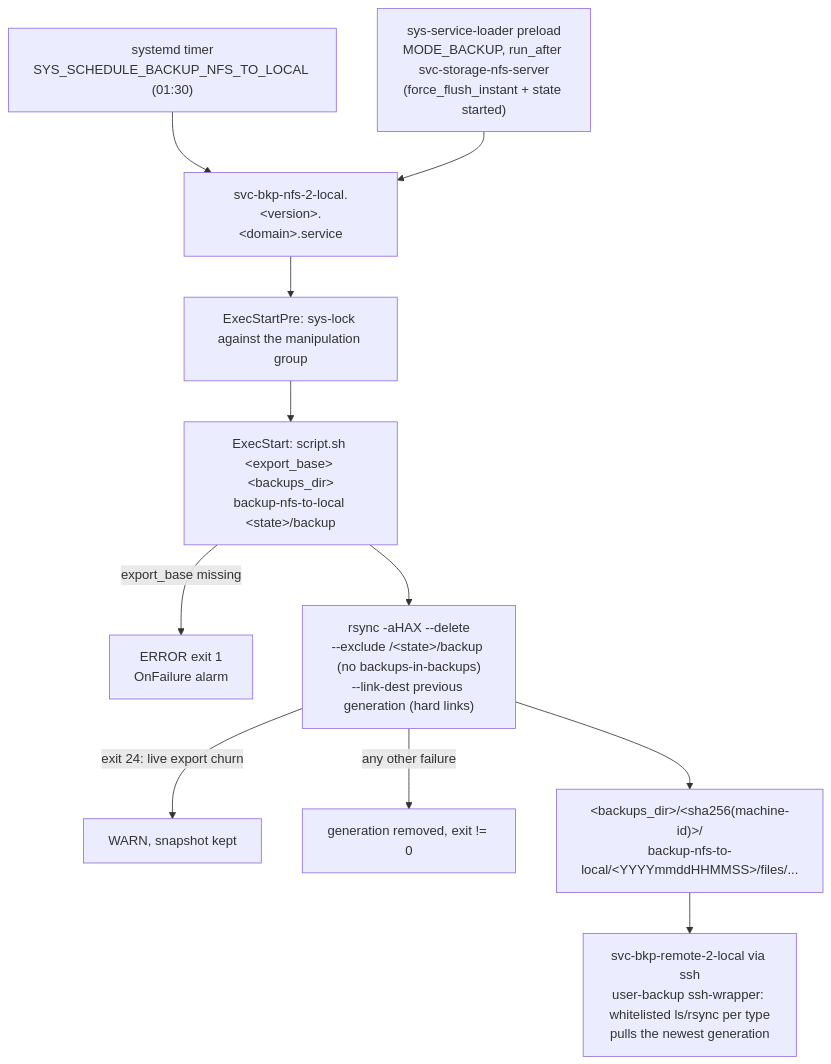
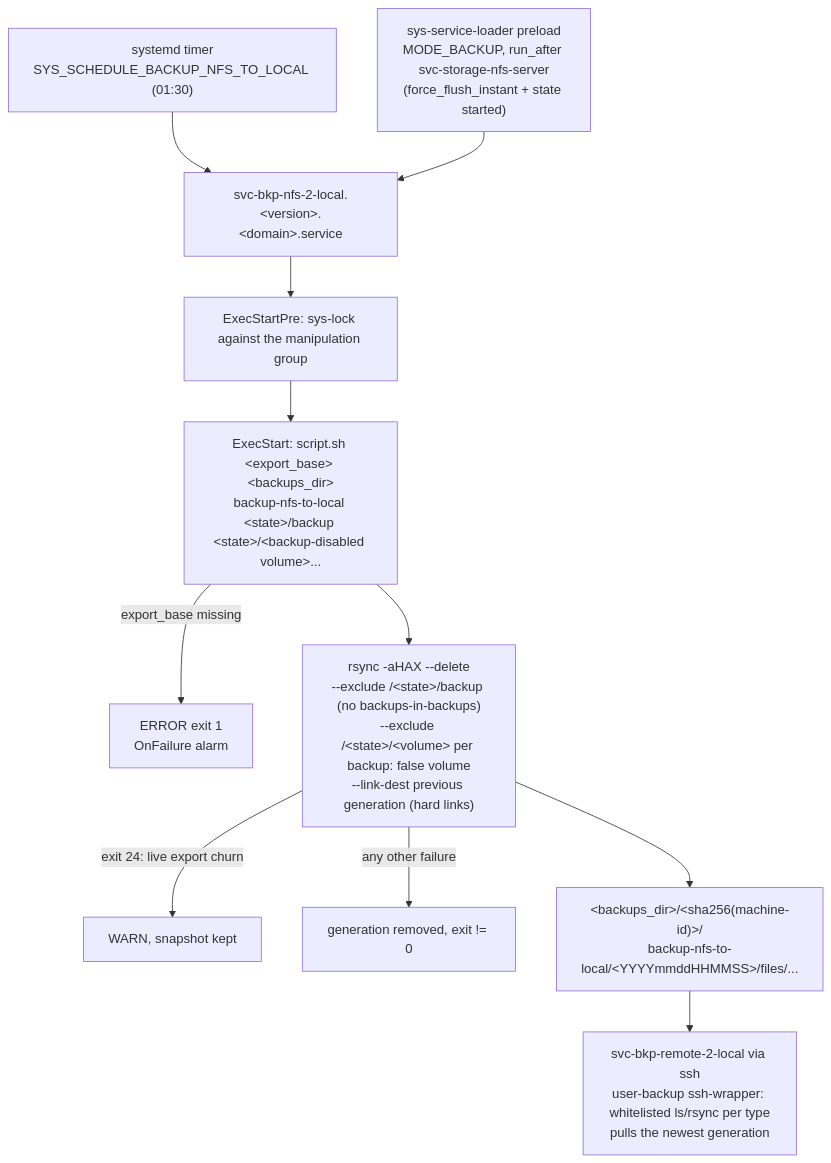
The diagram in roles/svc-bkp-nfs-2-local/README.md (infinito-nexus/core), drawn with Mermaid before and after one commit. The commit also changed other lines of this file and 15 other files, not shown here.

````diff
--- a/roles/svc-bkp-nfs-2-local/README.md
+++ b/roles/svc-bkp-nfs-2-local/README.md
@@ -16,13 +16,13 @@
 ```mermaid
 flowchart TD
     TIMER["systemd timer<br>SYS_SCHEDULE_BACKUP_NFS_TO_LOCAL (01:30)"] --> UNIT
     PRELOAD["sys-service-loader preload<br>MODE_BACKUP, run_after svc-storage-nfs-server<br>(force_flush_instant + state started)"] --> UNIT
     UNIT["svc-bkp-nfs-2-local.&lt;version&gt;.&lt;domain&gt;.service"] --> LOCK["ExecStartPre: sys-lock against the manipulation group"]
-    LOCK --> SCRIPT["ExecStart: script.sh &lt;export_base&gt; &lt;backups_dir&gt;<br>backup-nfs-to-local &lt;state&gt;/backup"]
+    LOCK --> SCRIPT["ExecStart: script.sh &lt;export_base&gt; &lt;backups_dir&gt;<br>backup-nfs-to-local &lt;state&gt;/backup &lt;state&gt;/&lt;backup-disabled volume&gt;..."]
     SCRIPT -->|export_base missing| ALARM["ERROR exit 1<br>OnFailure alarm"]
-    SCRIPT --> RSYNC["rsync -aHAX --delete<br>--exclude /&lt;state&gt;/backup (no backups-in-backups)<br>--link-dest previous generation (hard links)"]
+    SCRIPT --> RSYNC["rsync -aHAX --delete<br>--exclude /&lt;state&gt;/backup (no backups-in-backups)<br>--exclude /&lt;state&gt;/&lt;volume&gt; per backup: false volume<br>--link-dest previous generation (hard links)"]
     RSYNC -->|exit 24: live export churn| WARN["WARN, snapshot kept"]
     RSYNC -->|any other failure| CLEAN["generation removed, exit != 0"]
     RSYNC --> TREE["&lt;backups_dir&gt;/&lt;sha256(machine-id)&gt;/<br>backup-nfs-to-local/&lt;YYYYmmddHHMMSS&gt;/files/..."]
     TREE --> PULL["svc-bkp-remote-2-local via ssh<br>user-backup ssh-wrapper: whitelisted ls/rsync per type<br>pulls the newest generation"]
 ```
````
